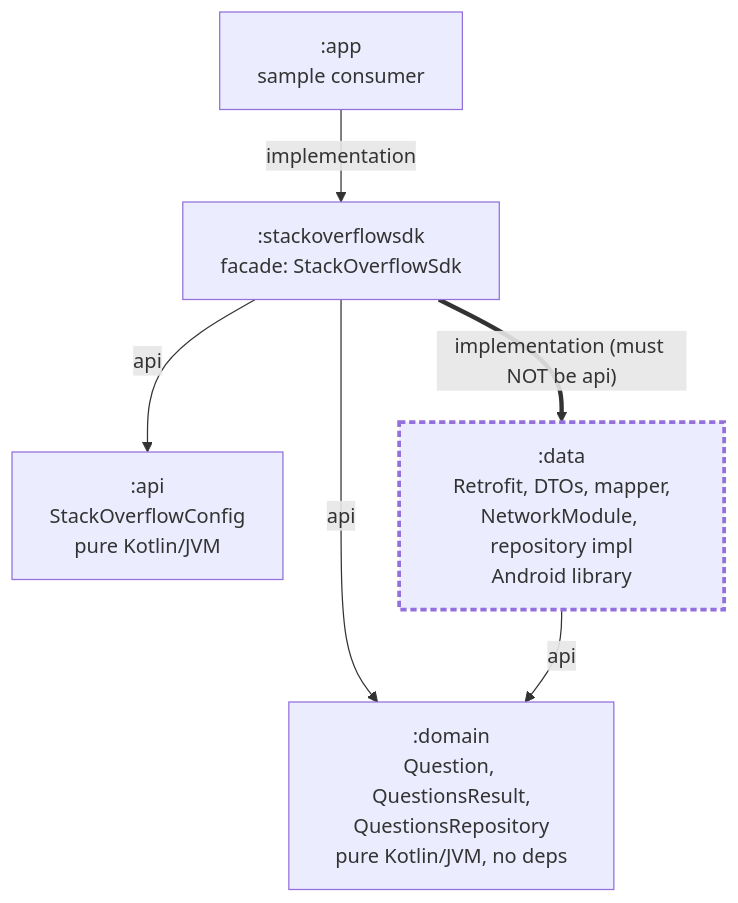
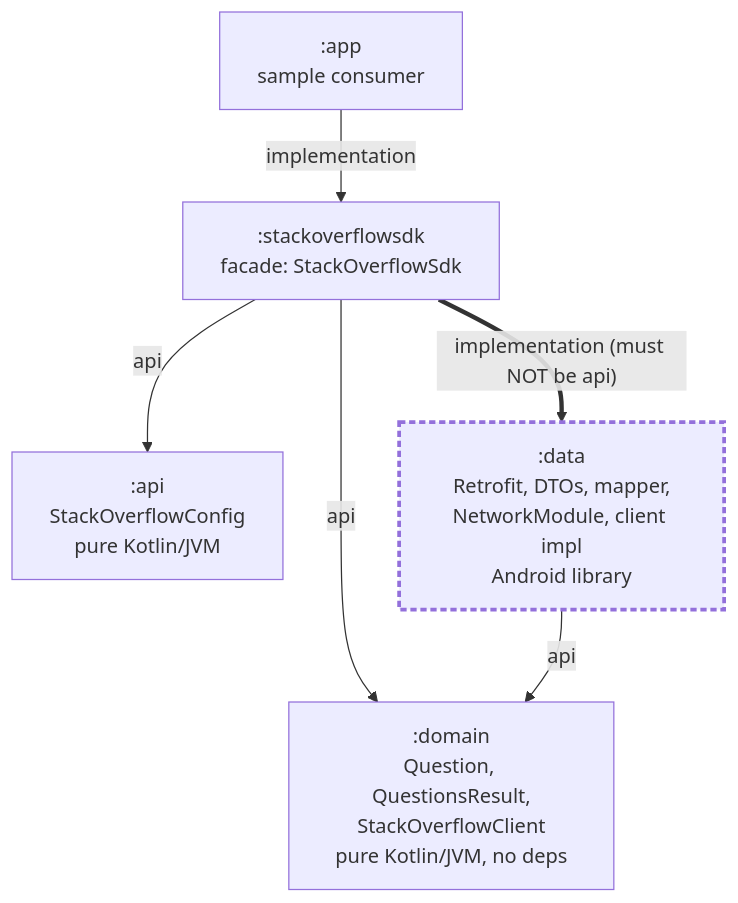
One commit to alexfin90/StackOverFlowAssignment changed the first of 3 diagrams in README.md. Above: the diagram before and after it, drawn with Mermaid. The commit also changed other lines of this file and 13 other files, not shown here.

First line of the commit message:
refactor(sdk)!: rename QuestionsRepository to StackOverflowClient

````diff
--- a/README.md
+++ b/README.md
@@ -76,17 +76,17 @@
 ```mermaid
 flowchart TD
     app[":app<br/>sample consumer"]
     sdk[":stackoverflowsdk<br/>facade: StackOverflowSdk"]
     api[":api<br/>StackOverflowConfig<br/>pure Kotlin/JVM"]
-    domain[":domain<br/>Question, QuestionsResult,<br/>QuestionsRepository<br/>pure Kotlin/JVM, no deps"]
-    data[":data<br/>Retrofit, DTOs, mapper,<br/>NetworkModule, repository impl<br/>Android library"]
+    domain[":domain<br/>Question, QuestionsResult,<br/>StackOverflowClient<br/>pure Kotlin/JVM, no deps"]
+    data[":data<br/>Retrofit, DTOs, mapper,<br/>NetworkModule, client impl<br/>Android library"]
 
     app -->|implementation| sdk
     sdk -->|api| api
     sdk -->|api| domain
     sdk ==>|"implementation (must NOT be api)"| data
     data -->|api| domain
 
     classDef hidden stroke-width:3px,stroke-dasharray: 5 3
     class data hidden
 ```
````
